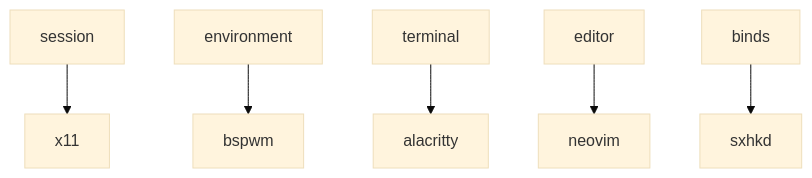
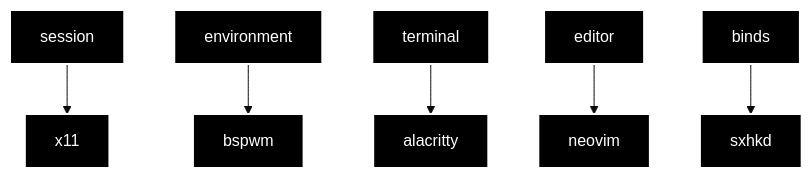
One commit to driversline/dotfiles changed the diagram in README.md. Above: the diagram before and after it, drawn with Mermaid (base theme).

Commit message:
README.md

````diff
--- a/README.md
+++ b/README.md
@@ -1,8 +1,9 @@
 ```mermaid
 graph TD;
+    classDef default fill:#000,stroke:#fff,stroke-width:2px,color:#fff;
     session-->x11;
     environment-->bspwm;
     terminal-->alacritty;
     editor-->neovim;
     binds-->sxhkd;
 ```
````
